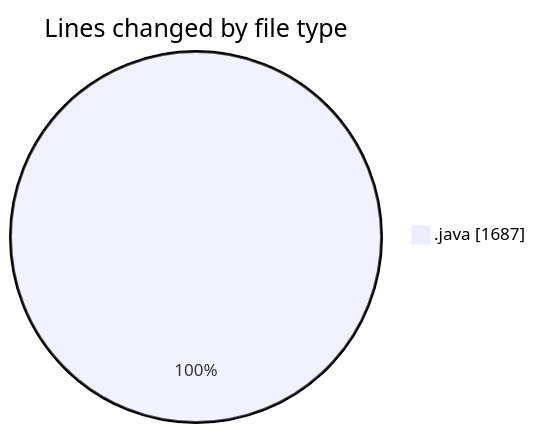
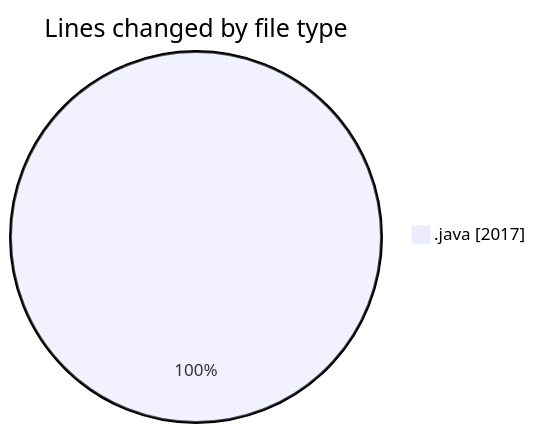
The first of 2 diagrams in 2025-02-21/projet/README.md (Elitesun/code-tracking), drawn with Mermaid before and after one commit. The commit also changed other lines of this file and 1 other file, not shown here.

````diff
--- a/2025-02-21/projet/README.md
+++ b/2025-02-21/projet/README.md
@@ -29,5 +29,5 @@
 ```mermaid
 pie showData
 title Lines changed by file type
-".java" : 1687
+".java" : 2017
 ```
````
